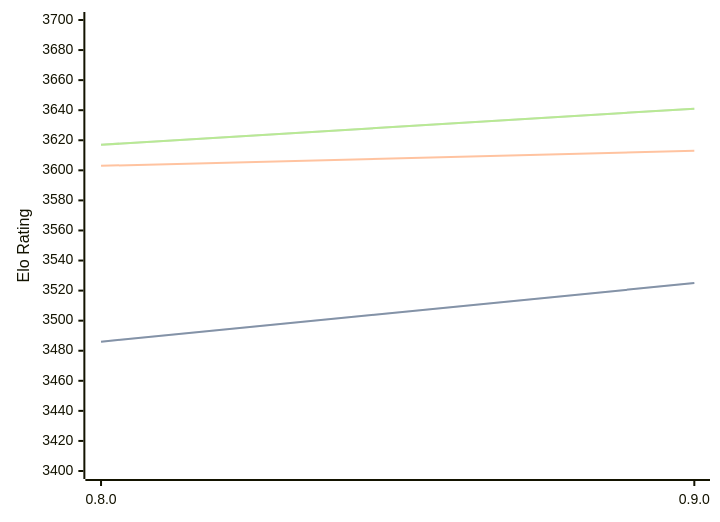
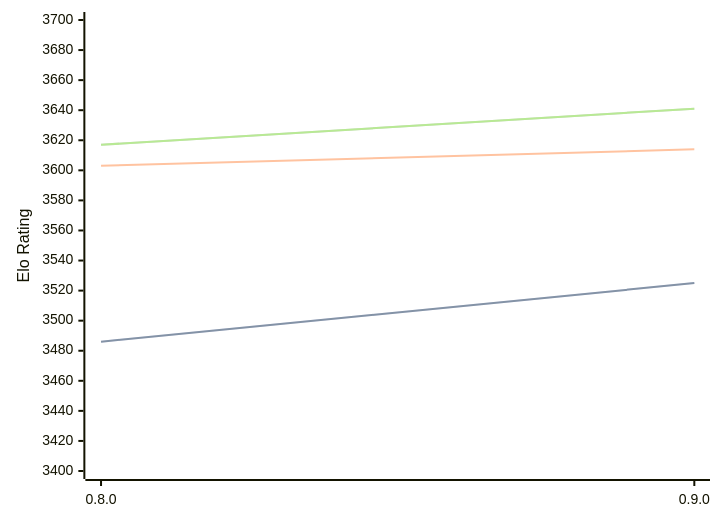
The diagram in engines/Reckless.md (computer-chess-index/cci), drawn with Mermaid before and after one commit. The commit also changed other lines of this file, not shown here.

````diff
--- a/engines/Reckless.md
+++ b/engines/Reckless.md
@@ -39,11 +39,11 @@
 ```mermaid
 %%{init: {"theme":"base","themeVariables":{"seriesColors:['#a3a3a3','#222221','#faa371']}}}%%
 xychart-beta
   x-axis ["0.8.0", "0.9.0"]
   y-axis "Elo Rating" 3400 --> 3700
   line "STC (8.0+0.08s)" [3486, 3525]
   line "STC (8.0+0.08s)" [3486, 3525]
-  line "LTC (60.0+0.60s)" [3603, 3613]
+  line "LTC (60.0+0.60s)" [3603, 3614]
   line "VLTC (2m24s+1.12s)" [3617, 3641]
   line "VLTC (2m24s+1.12s)" [3617, 3641]
 ```
````
